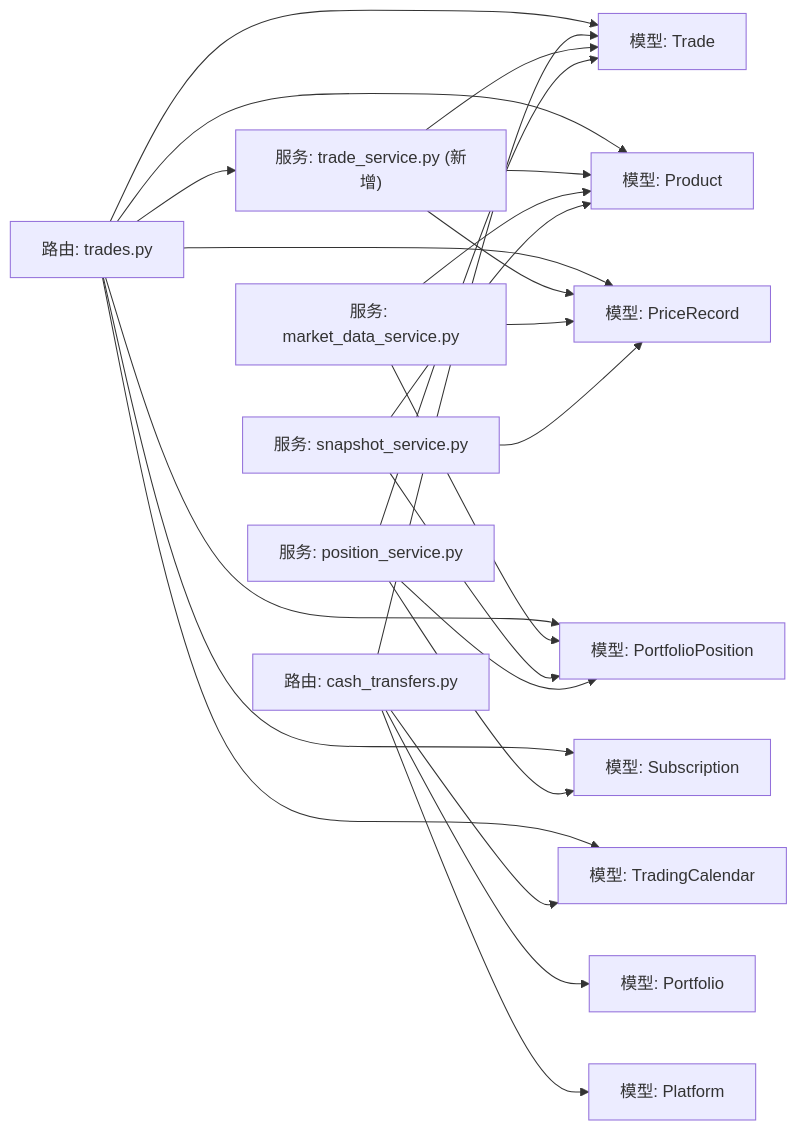
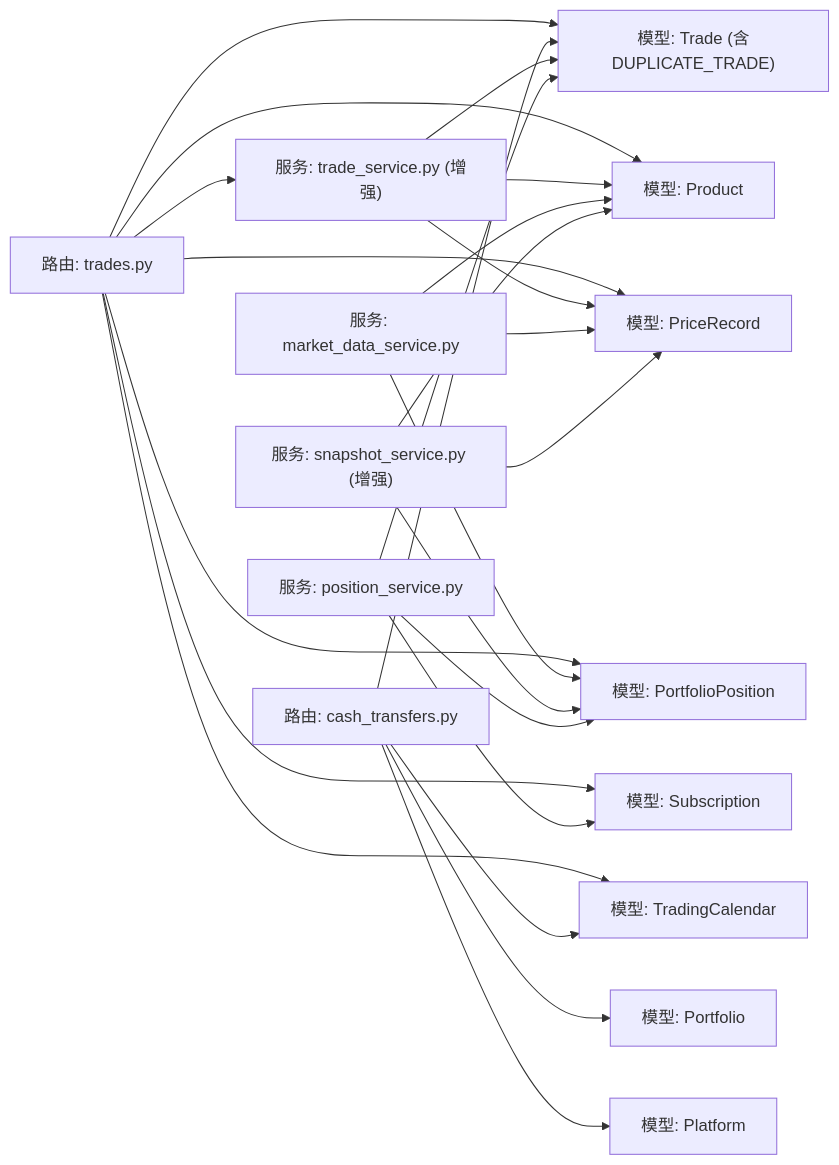
Before and after one commit to gujialind/InvestRing: diagram 16 of 16 in .qoder/repowiki/zh/content/核心业务功能/交易处理.md, drawn with Mermaid. The commit also changed other lines of this file and 15 other files, not shown here.

````diff
--- a/.qoder/repowiki/zh/content/核心业务功能/交易处理.md
+++ b/.qoder/repowiki/zh/content/核心业务功能/交易处理.md
@@ -727,26 +766,26 @@
 ```mermaid
 graph LR
-R["路由: trades.py"] --> T["模型: Trade"]
-R --> ST["服务: trade_service.py (新增)"]
+R["路由: trades.py"] --> T["模型: Trade (含DUPLICATE_TRADE)"]
+R --> ST["服务: trade_service.py (增强)"]
 R --> P["模型: Product"]
 R --> PP["模型: PortfolioPosition"]
 R --> S["模型: Subscription"]
 R --> C["模型: TradingCalendar"]
 R --> PR["模型: PriceRecord"]
 RC["路由: cash_transfers.py"] --> T
 RC --> PF["模型: Portfolio"]
 RC --> PL["模型: Platform"]
 RC --> C
 ST --> T
 ST --> P
 ST --> PR
 Svc["服务: market_data_service.py"] --> PR
 Svc --> P
 Svc --> PP
-SSnap["服务: snapshot_service.py"] --> PR
+SSnap["服务: snapshot_service.py (增强)"] --> PR
 SSnap --> P
 SSnap --> PP
 SPos["服务: position_service.py"] --> PP
 SPos --> S
 SPos --> T
 ```
````
